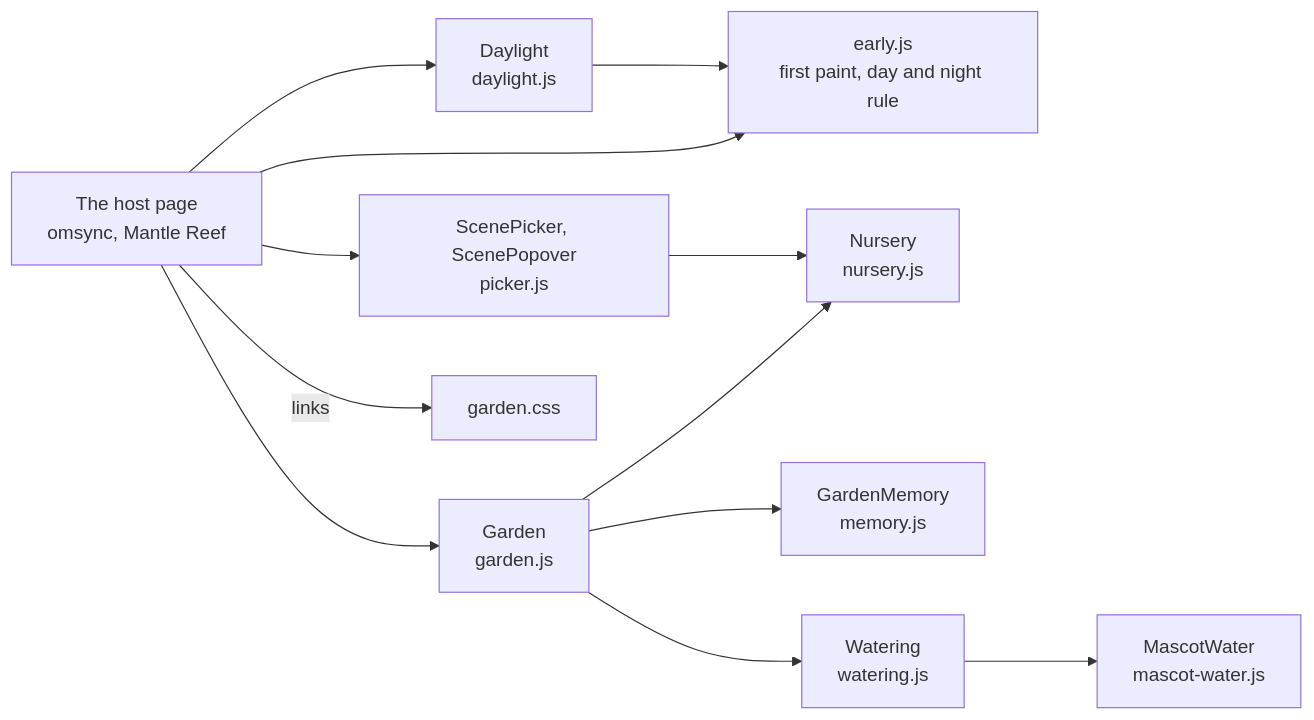
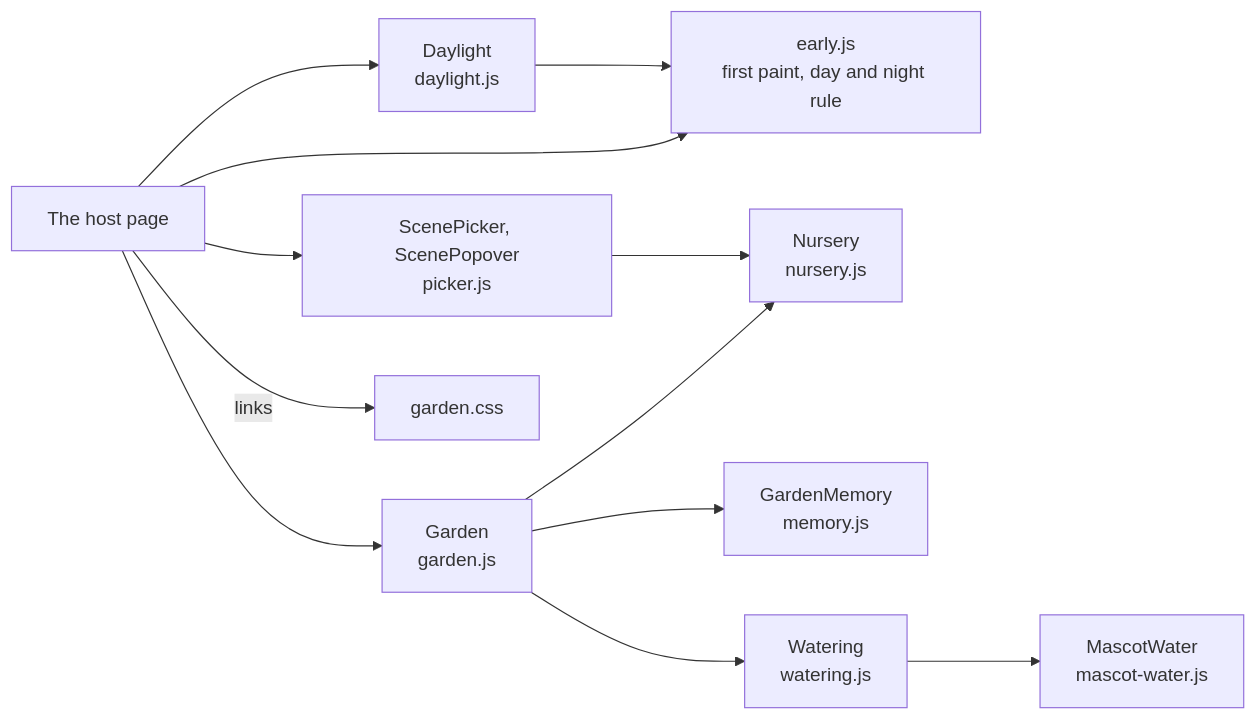
The fifth of 5 diagrams in docs/overview.md (spinningyoyo/omsync-nursery), drawn with Mermaid before and after one commit. The commit also changed other lines of this file and 33 other files, not shown here.

````diff
--- a/docs/overview.md
+++ b/docs/overview.md
@@ -212,14 +198,14 @@
 ```mermaid
 flowchart LR
-    Host["The host page<br/>omsync, Mantle Reef"] --> Early["early.js<br/>first paint, day and night rule"]
+    Host["The host page"] --> Early["early.js<br/>first paint, day and night rule"]
     Host --> Garden["Garden<br/>garden.js"]
     Host --> Picker["ScenePicker, ScenePopover<br/>picker.js"]
     Host --> Daylight["Daylight<br/>daylight.js"]
     Host -- links --> CSS["garden.css"]
     Garden --> Engine["Nursery<br/>nursery.js"]
     Garden --> Memory["GardenMemory<br/>memory.js"]
     Garden --> Watering["Watering<br/>watering.js"]
     Watering --> Water["MascotWater<br/>mascot-water.js"]
     Daylight --> Early
     Picker --> Engine
 ```
````
